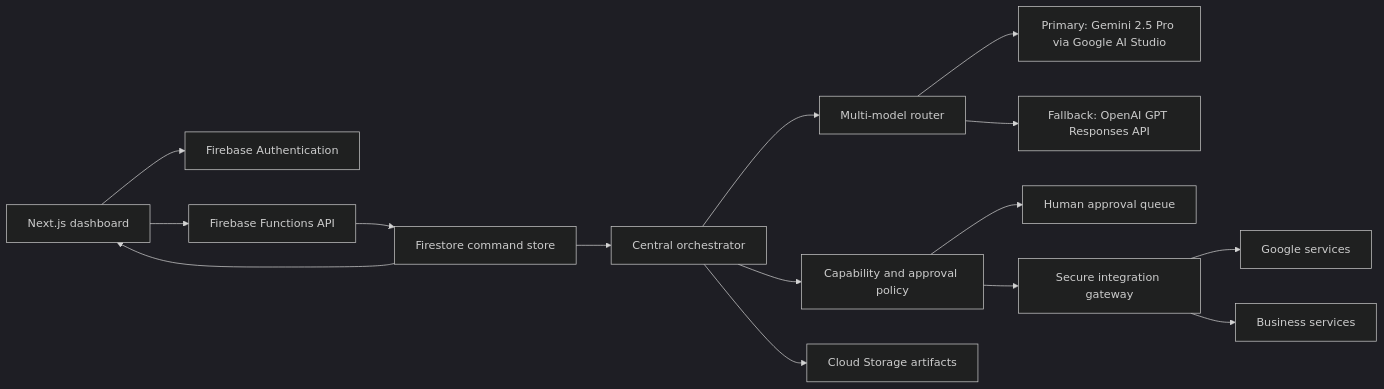
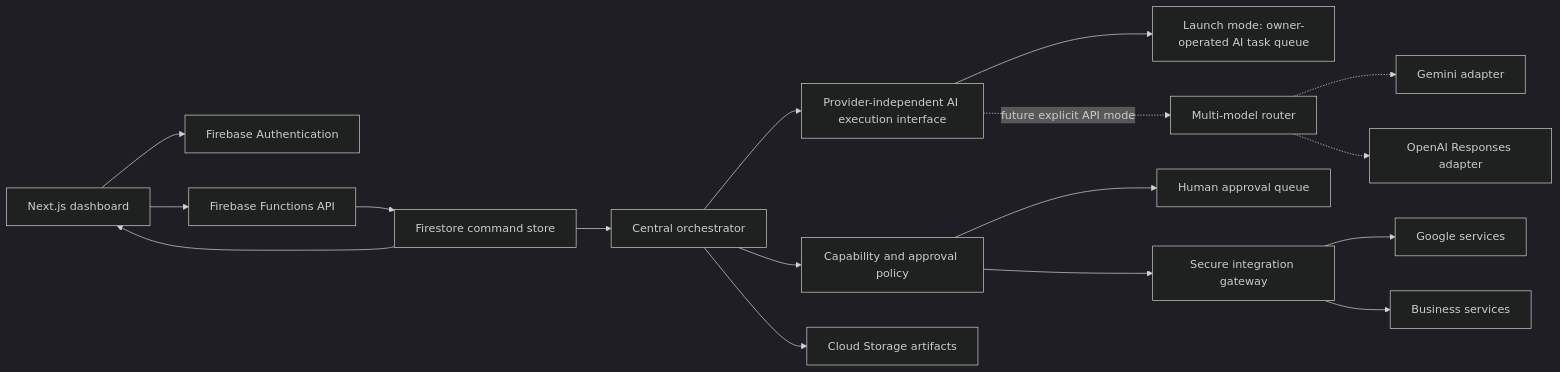
Before and after one commit to Iantebi/pageloom-os: the diagram in docs/ARCHITECTURE.md, drawn with Mermaid (dark theme). The commit also changed other lines of this file and 24 other files, not shown here.

Commit message:
feat: launch provider-independent manual AI queue

````diff
--- a/docs/ARCHITECTURE.md
+++ b/docs/ARCHITECTURE.md
@@ -5,17 +5,19 @@
 ```mermaid
 flowchart LR
   UI["Next.js dashboard"] --> AUTH["Firebase Authentication"]
   UI --> API["Firebase Functions API"]
   API --> DB["Firestore command store"]
   DB --> O["Central orchestrator"]
-  O --> R["Multi-model router"]
-  R --> GM["Primary: Gemini 2.5 Pro via Google AI Studio"]
-  R --> OA["Fallback: OpenAI GPT Responses API"]
+  O --> X["Provider-independent AI execution interface"]
+  X --> MQ["Launch mode: owner-operated AI task queue"]
+  X -. "future explicit API mode" .-> R["Multi-model router"]
+  R -.-> GM["Gemini adapter"]
+  R -.-> OA["OpenAI Responses adapter"]
   O --> P["Capability and approval policy"]
   P --> A["Human approval queue"]
   P --> G["Secure integration gateway"]
   G --> GS["Google services"]
   G --> BI["Business services"]
   O --> ST["Cloud Storage artifacts"]
   DB --> UI
 ```
````
